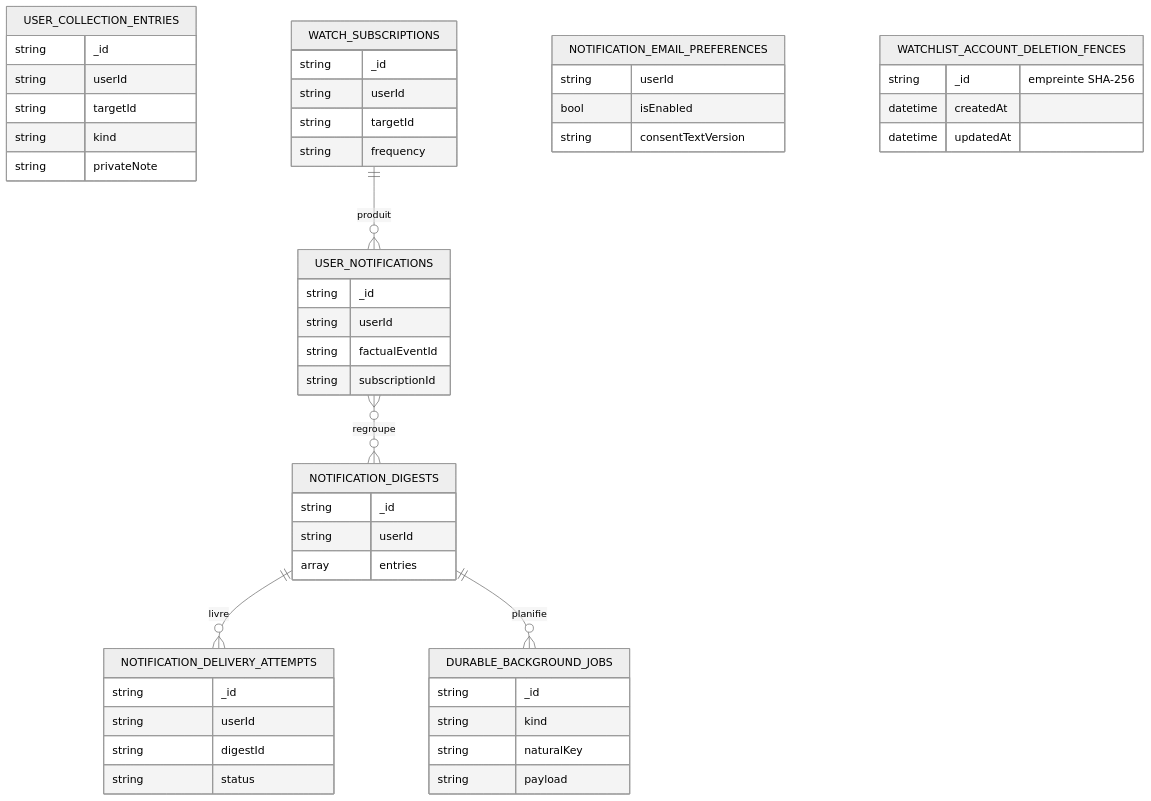
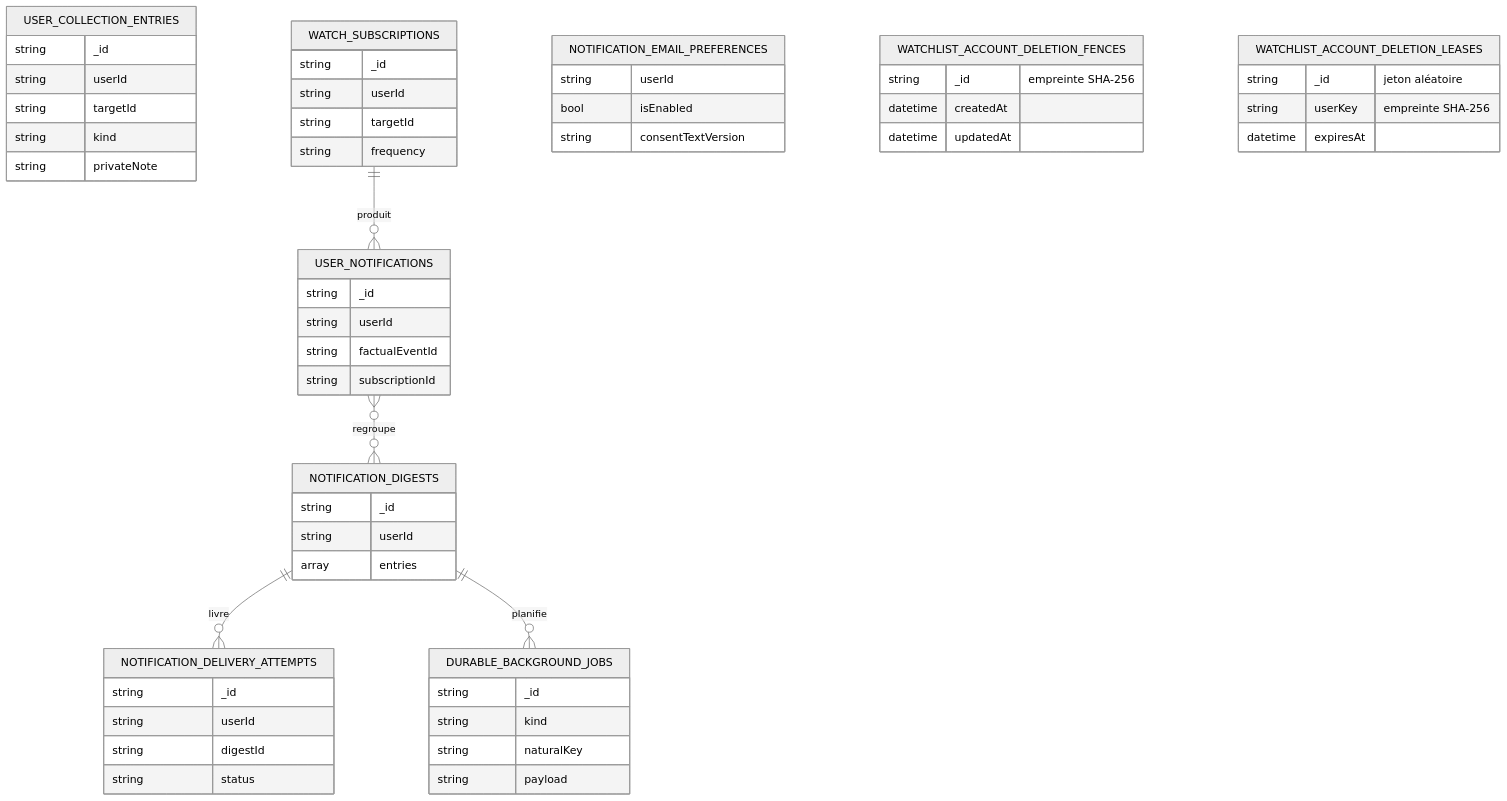
The fourth of 4 diagrams in docs/architecture/product-growth-watch-11-data-lifecycle-2026-09-17.md (Ced59/AmusementParkProject), drawn with Mermaid (neutral theme) before and after one commit. The commit also changed other lines of this file and 15 other files, not shown here.

````diff
--- a/docs/architecture/product-growth-watch-11-data-lifecycle-2026-09-17.md
+++ b/docs/architecture/product-growth-watch-11-data-lifecycle-2026-09-17.md
@@ -149,54 +153,59 @@
 ```mermaid
 erDiagram
     USER_COLLECTION_ENTRIES {
       string _id
       string userId
       string targetId
       string kind
       string privateNote
     }
     WATCH_SUBSCRIPTIONS {
       string _id
       string userId
       string targetId
       string frequency
     }
     USER_NOTIFICATIONS {
       string _id
       string userId
       string factualEventId
       string subscriptionId
     }
     NOTIFICATION_DIGESTS {
       string _id
       string userId
       array entries
     }
     NOTIFICATION_EMAIL_PREFERENCES {
       string userId
       bool isEnabled
       string consentTextVersion
     }
     NOTIFICATION_DELIVERY_ATTEMPTS {
       string _id
       string userId
       string digestId
       string status
     }
     DURABLE_BACKGROUND_JOBS {
       string _id
       string kind
       string naturalKey
       string payload
     }
     WATCHLIST_ACCOUNT_DELETION_FENCES {
       string _id "empreinte SHA-256"
       datetime createdAt
       datetime updatedAt
     }
+    WATCHLIST_ACCOUNT_DELETION_LEASES {
+      string _id "jeton aléatoire"
+      string userKey "empreinte SHA-256"
+      datetime expiresAt
+    }
 
     WATCH_SUBSCRIPTIONS ||--o{ USER_NOTIFICATIONS : produit
     USER_NOTIFICATIONS }o--o{ NOTIFICATION_DIGESTS : regroupe
     NOTIFICATION_DIGESTS ||--o{ NOTIFICATION_DELIVERY_ATTEMPTS : livre
     NOTIFICATION_DIGESTS ||--o{ DURABLE_BACKGROUND_JOBS : planifie
 ```
````
